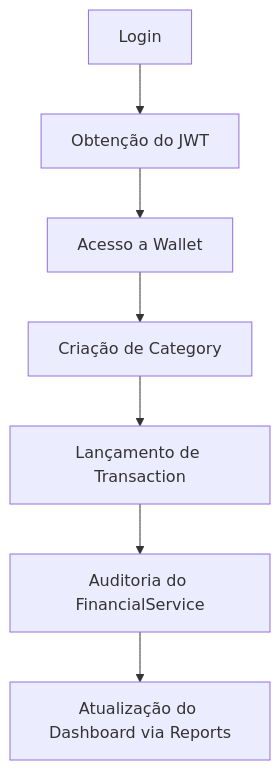
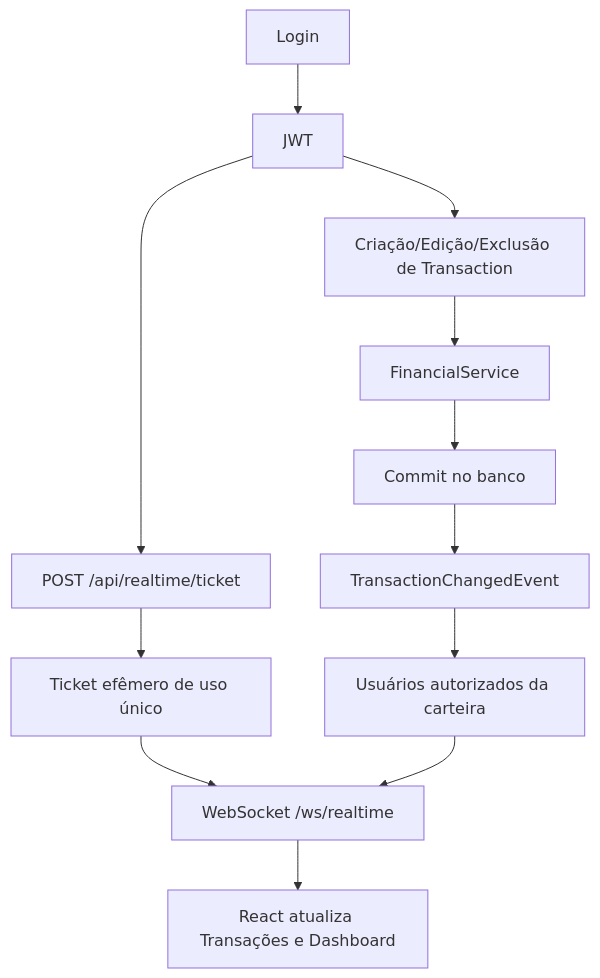
The second of 2 diagrams in README.md (Francisco-Simoes-Oliveira/pw-gerenciamento-financeiro), drawn with Mermaid before and after one commit. The commit also changed other lines of this file and 25 other files, not shown here.

First line of the commit message:
feat:Adição de suporte a WebSocket para atualizações de transações em tempo real

````diff
--- a/README.md
+++ b/README.md
@@ -199,9 +201,14 @@
 ```mermaid
 flowchart TD
-    A[Login] --> B[Obtenção do JWT]
-    B --> C[Acesso a Wallet]
-    C --> D[Criação de Category]
-    D --> E[Lançamento de Transaction]
-    E --> F[Auditoria do FinancialService]
-    F --> G[Atualização do Dashboard via Reports]
+    A[Login] --> B[JWT]
+    B --> C[POST /api/realtime/ticket]
+    C --> D[Ticket efêmero de uso único]
+    D --> E[WebSocket /ws/realtime]
+    B --> F[Criação/Edição/Exclusão de Transaction]
+    F --> G[FinancialService]
+    G --> H[Commit no banco]
+    H --> I[TransactionChangedEvent]
+    I --> J[Usuários autorizados da carteira]
+    J --> E
+    E --> K[React atualiza Transações e Dashboard]
 ```
````
